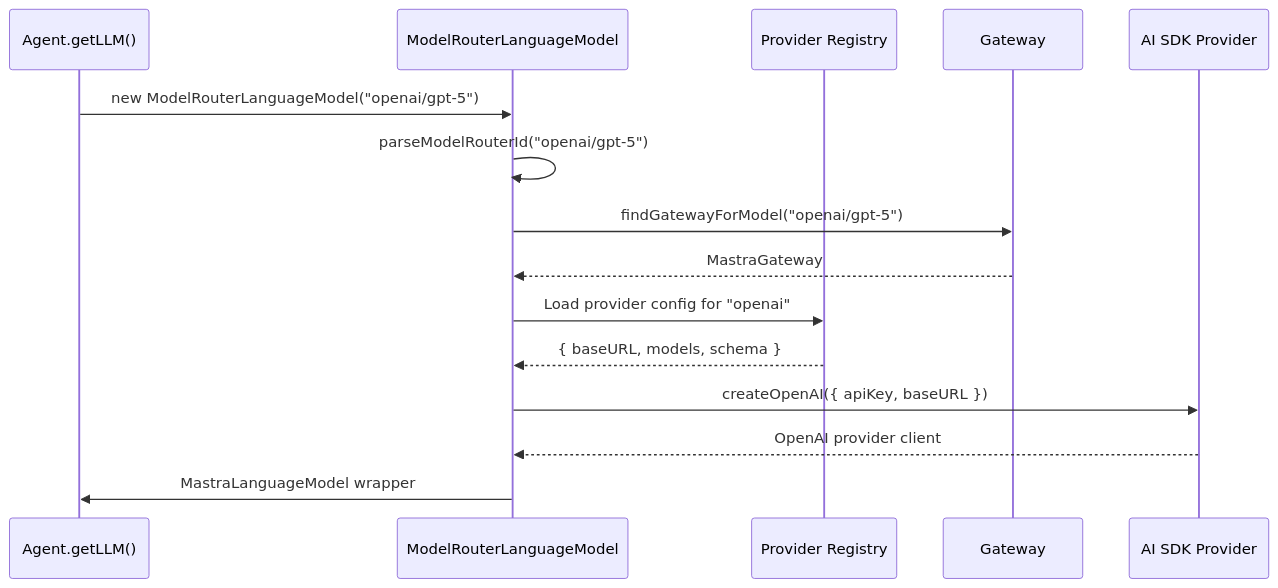
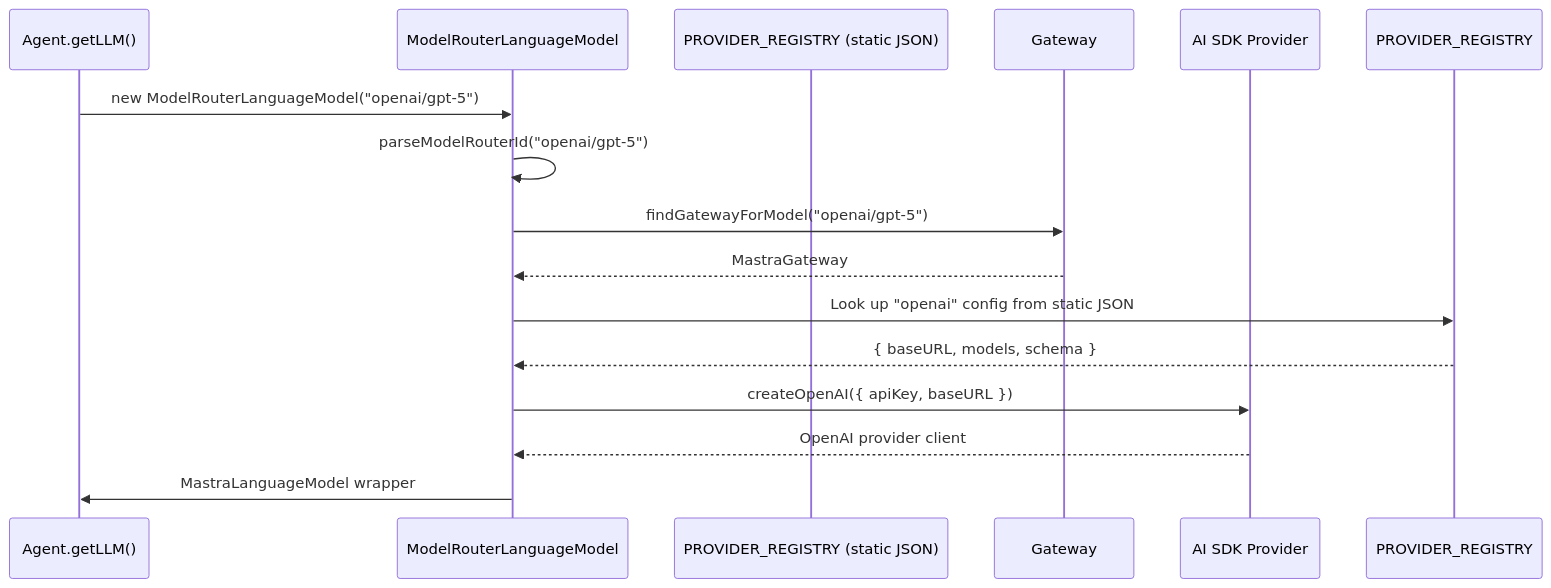
Before and after one commit to ewe-studios/ewe_platform: the second of 3 diagrams in documentation/mastra/markdown/05-model-router.md, drawn with Mermaid. The commit also changed other lines of this file and 9 other files, not shown here.

````diff
--- a/documentation/mastra/markdown/05-model-router.md
+++ b/documentation/mastra/markdown/05-model-router.md
@@ -31,18 +31,18 @@
 ```mermaid
 sequenceDiagram
     participant Agent as Agent.getLLM()
     participant Router as ModelRouterLanguageModel
-    participant Reg as Provider Registry
+    participant Reg as PROVIDER_REGISTRY (static JSON)
     participant GW as Gateway
     participant SDK as AI SDK Provider
 
     Agent->>Router: new ModelRouterLanguageModel("openai/gpt-5")
     Router->>Router: parseModelRouterId("openai/gpt-5")
     Router->>GW: findGatewayForModel("openai/gpt-5")
     GW-->>Router: MastraGateway
-    Router->>Reg: Load provider config for "openai"
-    Reg-->>Router: { baseURL, models, schema }
+    Router->>PROVIDER_REGISTRY: Look up "openai" config from static JSON
+    PROVIDER_REGISTRY-->>Router: { baseURL, models, schema }
     Router->>SDK: createOpenAI({ apiKey, baseURL })
     SDK-->>Router: OpenAI provider client
     Router->>Agent: MastraLanguageModel wrapper
 ```
````
